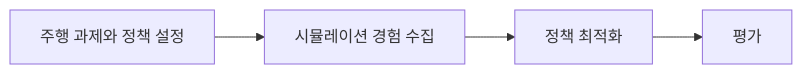
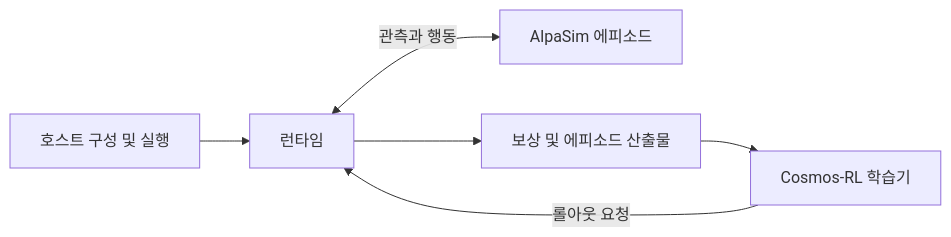
One commit to james-joobs/awesome-nvidia-physical-ai changed the diagram in docs/ko/alpagym.md. Above: the diagram before and after it, drawn with Mermaid. The commit also changed other lines of this file and 187 other files, not shown here.

Commit message:
Expand bilingual guides with official architecture references

````diff
--- a/docs/ko/alpagym.md
+++ b/docs/ko/alpagym.md
@@ -17,8 +11,7 @@
 ```mermaid
 flowchart LR
-  S0["주행 과제와 정책 설정"]
-  S1["시뮬레이션 경험 수집"]
-  S2["정책 최적화"]
-  S3["평가"]
-  S0 --> S1 --> S2 --> S3
+    H["호스트 구성 및 실행"] --> R["런타임"]
+    T["Cosmos-RL 학습기"] -->|롤아웃 요청| R
+    R <-->|관측과 행동| S["AlpaSim 에피소드"]
+    R --> W["보상 및 에피소드 산출물"] --> T
 ```
````
